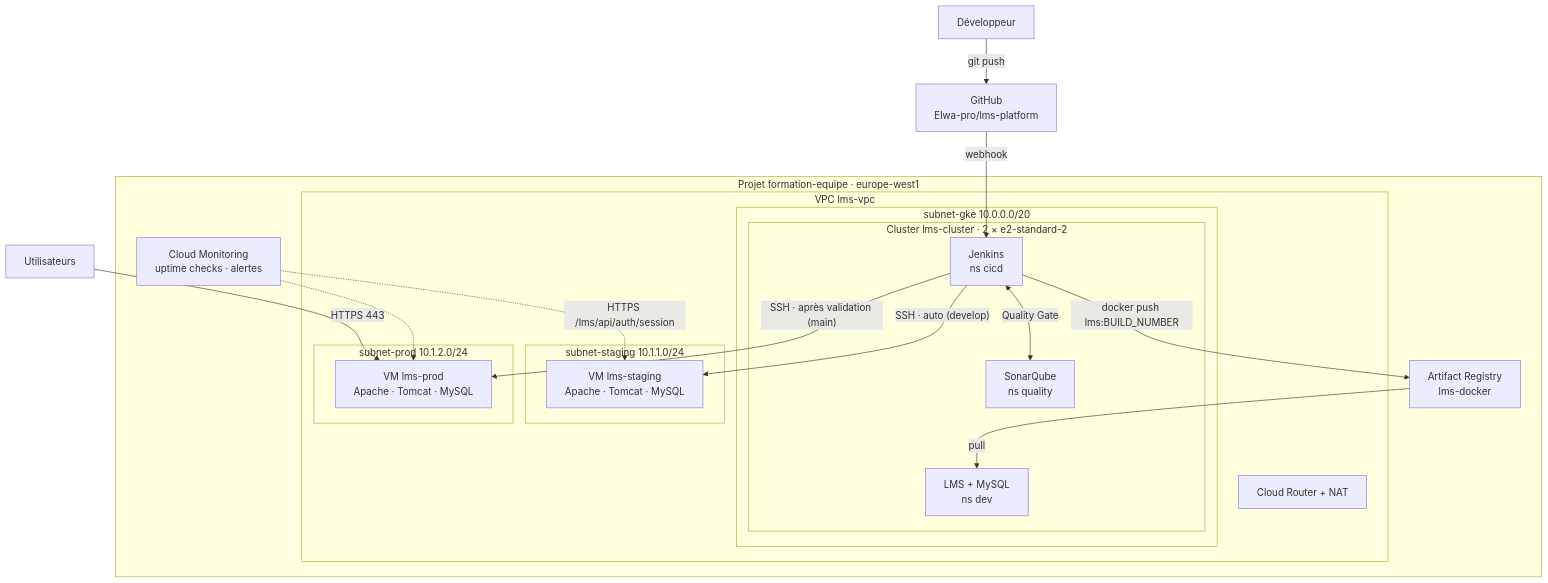
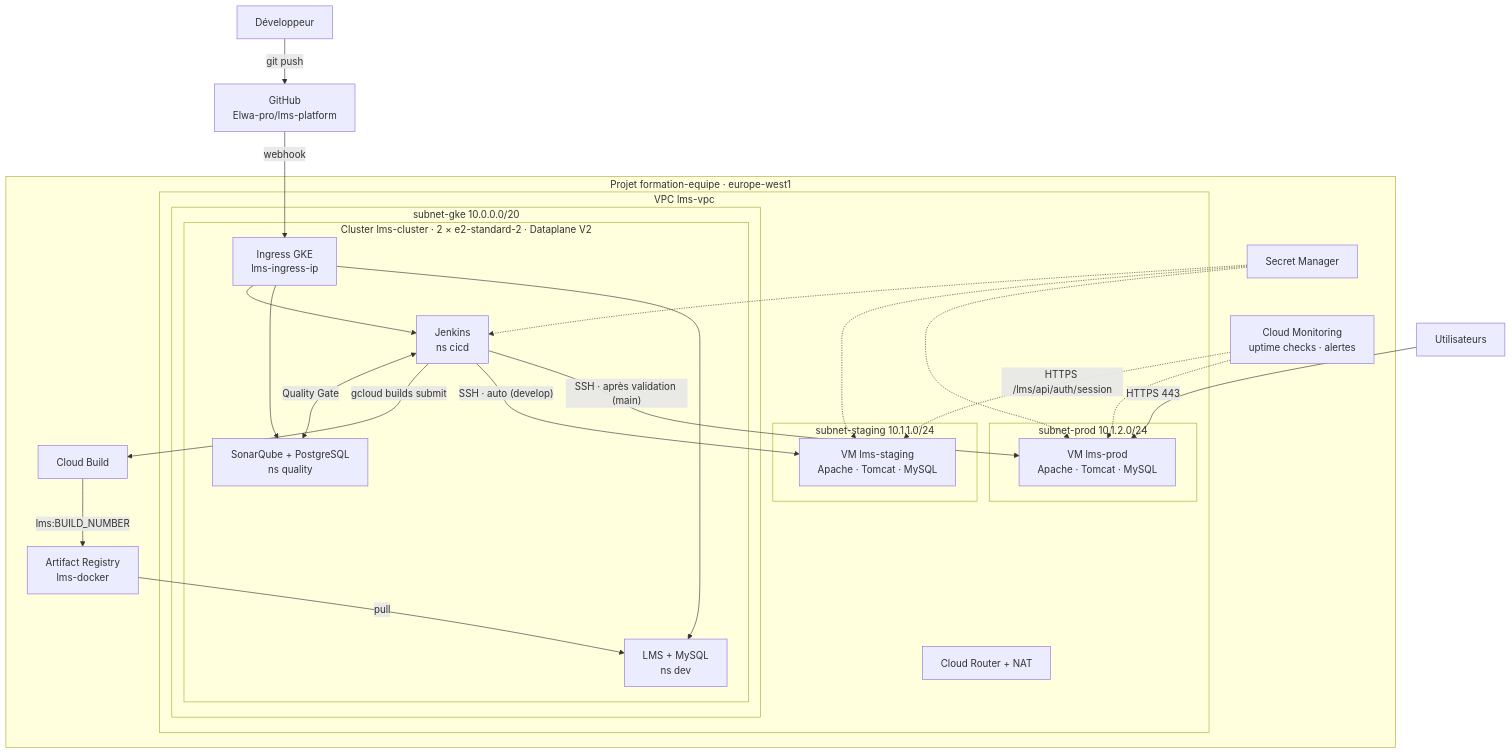
Before and after one commit to asmaharoun1997/aljw-lms-platform: the diagram in docs/architecture.md, drawn with Mermaid. The commit also changed other lines of this file and 25 other files, not shown here.

````diff
--- a/docs/architecture.md
+++ b/docs/architecture.md
@@ -7,35 +7,45 @@
 ```mermaid
 flowchart TB
     DEVU["Développeur"] -->|git push| GH["GitHub<br>Elwa-pro/lms-platform"]
-    GH -->|webhook| J
+    GH -->|webhook| ING
+    ING --> J
+    ING --> S
+    ING --> D
 
     subgraph GCP["Projet formation-equipe · europe-west1"]
         subgraph VPC["VPC lms-vpc"]
             subgraph SGKE["subnet-gke 10.0.0.0/20"]
-                subgraph GKE["Cluster lms-cluster · 2 × e2-standard-2"]
+                subgraph GKE["Cluster lms-cluster · 2 × e2-standard-2 · Dataplane V2"]
+                    ING["Ingress GKE<br>lms-ingress-ip"]
                     J["Jenkins<br>ns cicd"]
-                    S["SonarQube<br>ns quality"]
+                    S["SonarQube + PostgreSQL<br>ns quality"]
                     D["LMS + MySQL<br>ns dev"]
                 end
             end
             subgraph SSTG["subnet-staging 10.1.1.0/24"]
                 STG["VM lms-staging<br>Apache · Tomcat · MySQL"]
             end
             subgraph SPRD["subnet-prod 10.1.2.0/24"]
                 PRD["VM lms-prod<br>Apache · Tomcat · MySQL"]
             end
             NAT["Cloud Router + NAT"]
         end
         AR["Artifact Registry<br>lms-docker"]
+        CB["Cloud Build"]
+        SM["Secret Manager"]
         MON["Cloud Monitoring<br>uptime checks · alertes"]
     end
 
     J <-->|Quality Gate| S
-    J -->|"docker push lms:BUILD_NUMBER"| AR
+    J -->|gcloud builds submit| CB
+    CB -->|"lms:BUILD_NUMBER"| AR
+    SM -.-> J
+    SM -.-> STG
+    SM -.-> PRD
     AR -->|pull| D
     J -->|"SSH · auto (develop)"| STG
     J -->|"SSH · après validation (main)"| PRD
     MON -.->|HTTPS /lms/api/auth/session| STG
     MON -.-> PRD
     USERS["Utilisateurs"] -->|HTTPS 443| PRD
 ```
````
